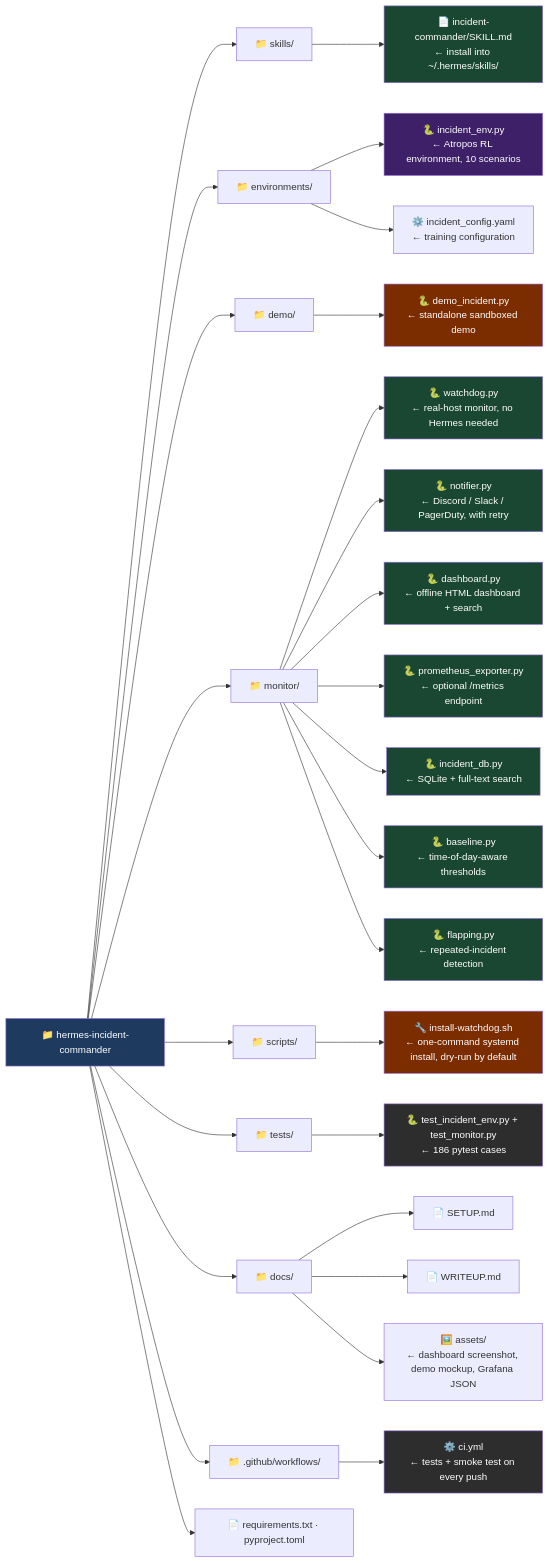
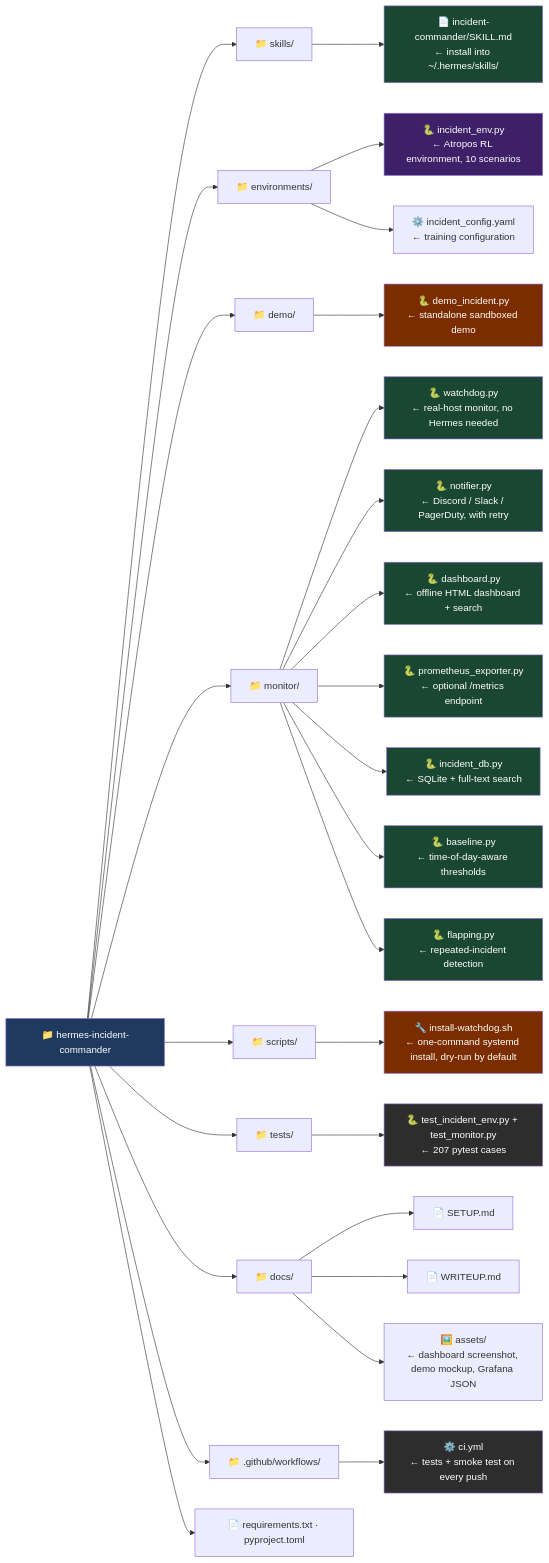
The second of 3 diagrams in README.md (Lethe044/hermes-incident-commander), drawn with Mermaid before and after one commit. The commit also changed other lines of this file and 9 other files, not shown here.

````diff
--- a/README.md
+++ b/README.md
@@ -368,54 +396,54 @@
 ```mermaid
 graph LR
     ROOT["📁 hermes-incident-commander"]
 
     ROOT --> SKILLS["📁 skills/"]
     ROOT --> ENVS["📁 environments/"]
     ROOT --> DEMO["📁 demo/"]
     ROOT --> MON["📁 monitor/"]
     ROOT --> SCRIPTS["📁 scripts/"]
     ROOT --> TESTS["📁 tests/"]
     ROOT --> DOCS["📁 docs/"]
     ROOT --> CI["📁 .github/workflows/"]
     ROOT --> REQ["📄 requirements.txt · pyproject.toml"]
 
     SKILLS --> SKILL_MD["📄 incident-commander/SKILL.md<br/>← install into ~/.hermes/skills/"]
 
     ENVS --> ENV_PY["🐍 incident_env.py<br/>← Atropos RL environment, 10 scenarios"]
     ENVS --> ENV_CFG["⚙️ incident_config.yaml<br/>← training configuration"]
 
     DEMO --> DEMO_PY["🐍 demo_incident.py<br/>← standalone sandboxed demo"]
 
     MON --> WATCHDOG["🐍 watchdog.py<br/>← real-host monitor, no Hermes needed"]
     MON --> NOTIFY["🐍 notifier.py<br/>← Discord / Slack / PagerDuty, with retry"]
     MON --> DASH["🐍 dashboard.py<br/>← offline HTML dashboard + search"]
     MON --> PROM["🐍 prometheus_exporter.py<br/>← optional /metrics endpoint"]
     MON --> IDB["🐍 incident_db.py<br/>← SQLite + full-text search"]
     MON --> BASE["🐍 baseline.py<br/>← time-of-day-aware thresholds"]
     MON --> FLAP["🐍 flapping.py<br/>← repeated-incident detection"]
 
     SCRIPTS --> INSTALL["🔧 install-watchdog.sh<br/>← one-command systemd install, dry-run by default"]
 
-    TESTS --> TEST_PY["🐍 test_incident_env.py + test_monitor.py<br/>← 186 pytest cases"]
+    TESTS --> TEST_PY["🐍 test_incident_env.py + test_monitor.py<br/>← 207 pytest cases"]
 
     DOCS --> SETUP["📄 SETUP.md"]
     DOCS --> WRITEUP["📄 WRITEUP.md"]
     DOCS --> ASSETS["🖼️ assets/<br/>← dashboard screenshot, demo mockup, Grafana JSON"]
 
     CI --> CIWORKFLOW["⚙️ ci.yml<br/>← tests + smoke test on every push"]
 
     style ROOT fill:#1e3a5f,color:#fff
     style SKILL_MD fill:#1a4731,color:#fff
     style ENV_PY fill:#3d2068,color:#fff
     style DEMO_PY fill:#7b2d00,color:#fff
     style TEST_PY fill:#2d2d2d,color:#fff
     style WATCHDOG fill:#1a4731,color:#fff
     style NOTIFY fill:#1a4731,color:#fff
     style DASH fill:#1a4731,color:#fff
     style PROM fill:#1a4731,color:#fff
     style IDB fill:#1a4731,color:#fff
     style BASE fill:#1a4731,color:#fff
     style FLAP fill:#1a4731,color:#fff
     style INSTALL fill:#7b2d00,color:#fff
     style CIWORKFLOW fill:#2d2d2d,color:#fff
 ```
````
